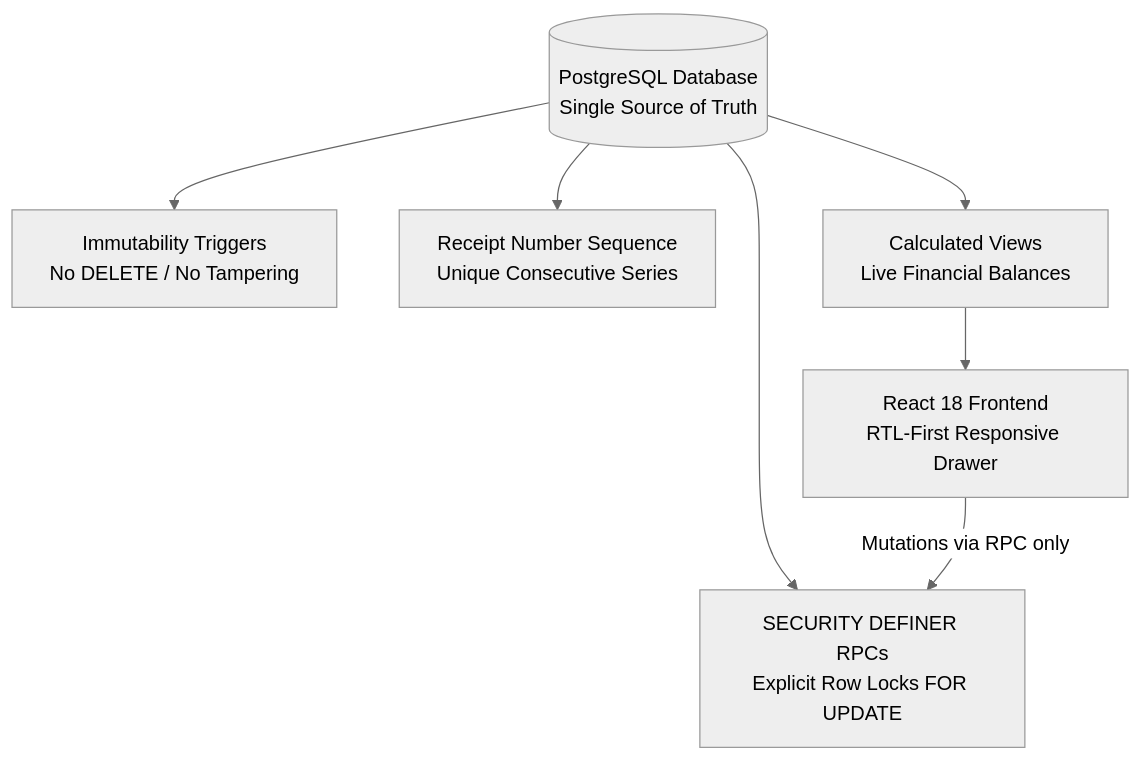
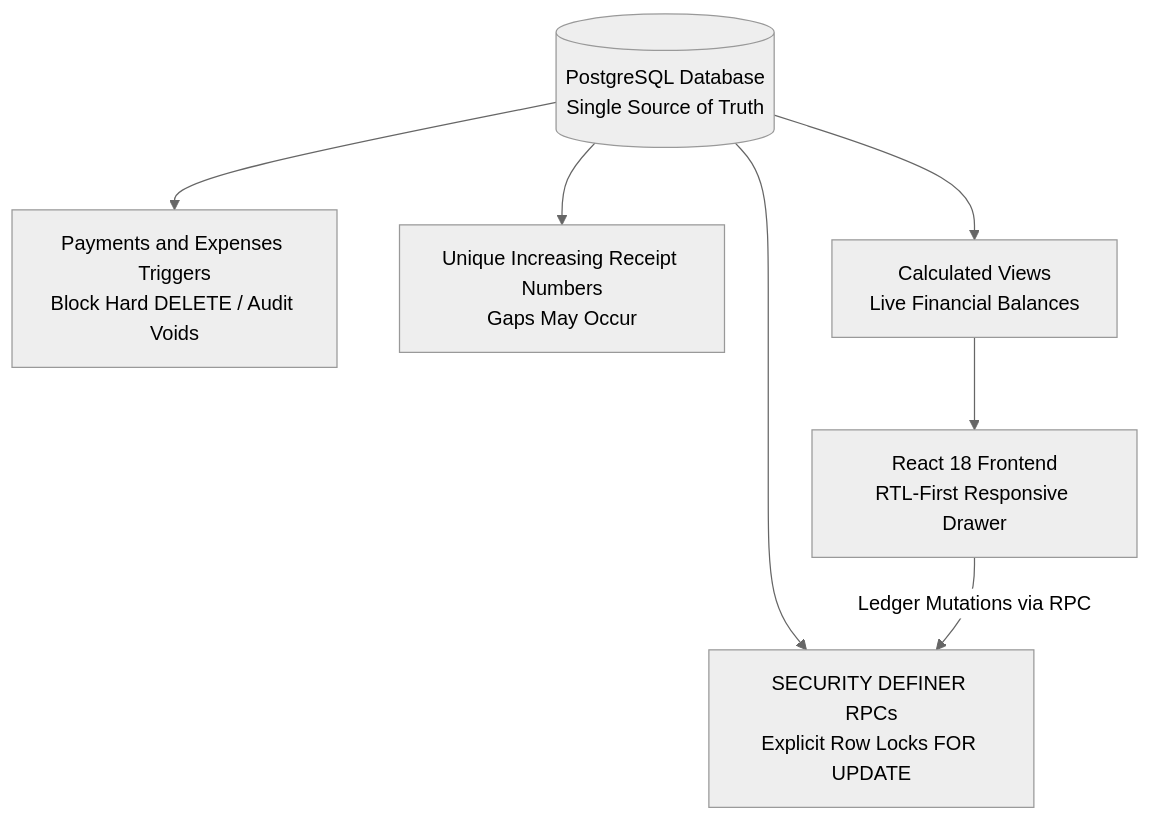
Before and after one commit to Ahmed77khaled/elmasry-academy-lms: the diagram in المرجع_الشامل_لنظام_أكاديمية_المصري_LMS.md, drawn with Mermaid (neutral theme). The commit also changed other lines of this file and 4 other files, not shown here.

Commit message:
feat: sync audited schema reference, audit SQL script, docx book, and SPA redirect configs

````diff
--- a/المرجع_الشامل_لنظام_أكاديمية_المصري_LMS.md
+++ b/المرجع_الشامل_لنظام_أكاديمية_المصري_LMS.md
@@ -126,16 +128,16 @@
 ```mermaid
 flowchart TD
     DB[(PostgreSQL Database\nSingle Source of Truth)]
-    Trigger[Immutability Triggers\nNo DELETE / No Tampering]
+    Trigger[Payments and Expenses Triggers\nBlock Hard DELETE / Audit Voids]
     RPC[SECURITY DEFINER RPCs\nExplicit Row Locks FOR UPDATE]
-    Seq[Receipt Number Sequence\nUnique Consecutive Series]
+    Seq[Unique Increasing Receipt Numbers\nGaps May Occur]
     Views[Calculated Views\nLive Financial Balances]
     UI[React 18 Frontend\nRTL-First Responsive Drawer]
 
     DB --> Trigger
     DB --> RPC
     DB --> Seq
     DB --> Views
     Views --> UI
-    UI -->|Mutations via RPC only| RPC
+    UI -->|Ledger Mutations via RPC| RPC
 ```
````
